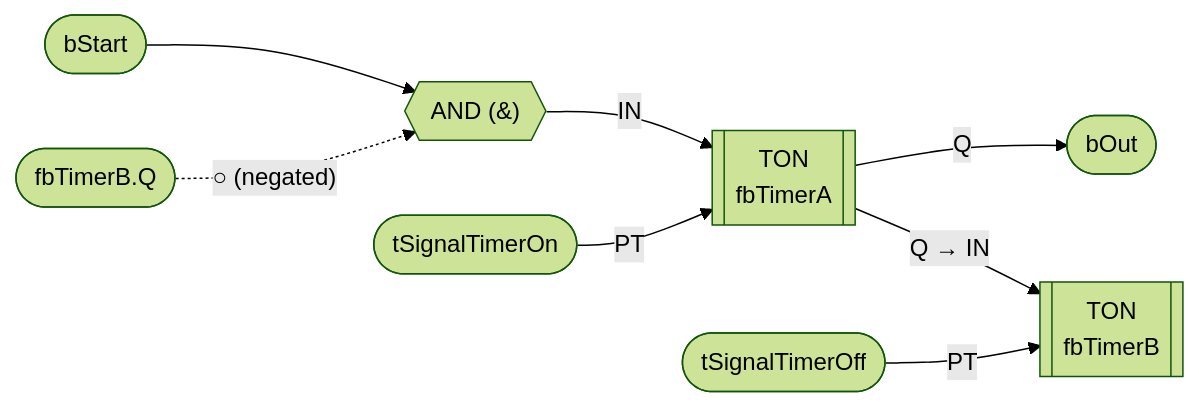
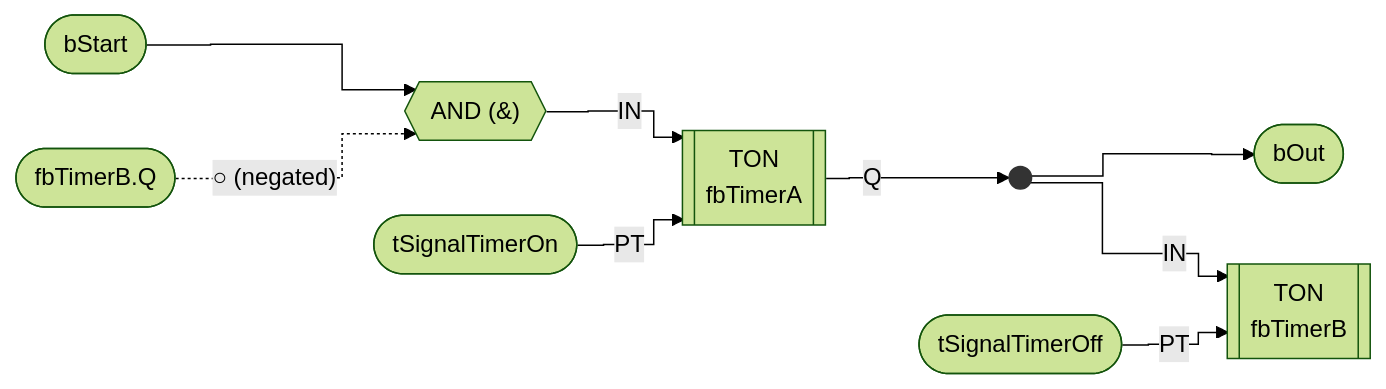
One commit to crissoll/pou2md changed the second of 2 diagrams in tests/expected/FB_Blinker.md. Above: the diagram before and after it, drawn with Mermaid (forest theme). The commit also changed other lines of this file and 9 other files, not shown here.

````diff
--- a/tests/expected/FB_Blinker.md
+++ b/tests/expected/FB_Blinker.md
@@ -24,25 +24,34 @@
 ```mermaid
+%%{ init: { 'flowchart': { 'curve': 'step' } } }%%
 flowchart LR
     %% --- Operands / Variables ---
     bStart(["bStart"])
     fbTimerBQ(["fbTimerB.Q"])
     tSignalTimerOn(["tSignalTimerOn"])
     tSignalTimerOff(["tSignalTimerOff"])
+
+    %% --- Function Blocks & Operators ---
+    TON_B[["TON
+    fbTimerB"]]
+    TON_A[["TON
+    fbTimerA"]]
+    AND1{{"AND (&)"}}
+
+    %% --- Bifurcation Junctions ---
+    J_TON_A_Q(( )):::junction
+
+    %% --- Outputs ---
     bOut(["bOut"])
 
-    %% --- Function Blocks & Operators ---
-    AND1{{"AND (&)"}}
-    TON_A[["TON
-    fbTimerA"]]
-    TON_B[["TON
-    fbTimerB"]]
-
     %% --- Wiring ---
+    AND1 -- "IN" --> TON_A
     bStart --> AND1
     fbTimerBQ -. "○ (negated)" .-> AND1
-    AND1 -- "IN" --> TON_A
     tSignalTimerOn -- "PT" --> TON_A
-    TON_A -- "Q" --> bOut
-    TON_A -- "Q → IN" --> TON_B
+    TON_A -- "Q" --> J_TON_A_Q
+    J_TON_A_Q --> bOut
+    J_TON_A_Q -- "IN" --> TON_B
     tSignalTimerOff -- "PT" --> TON_B
+
+    classDef junction fill:#333,stroke:#333,width:6px,height:6px
 ```
````
